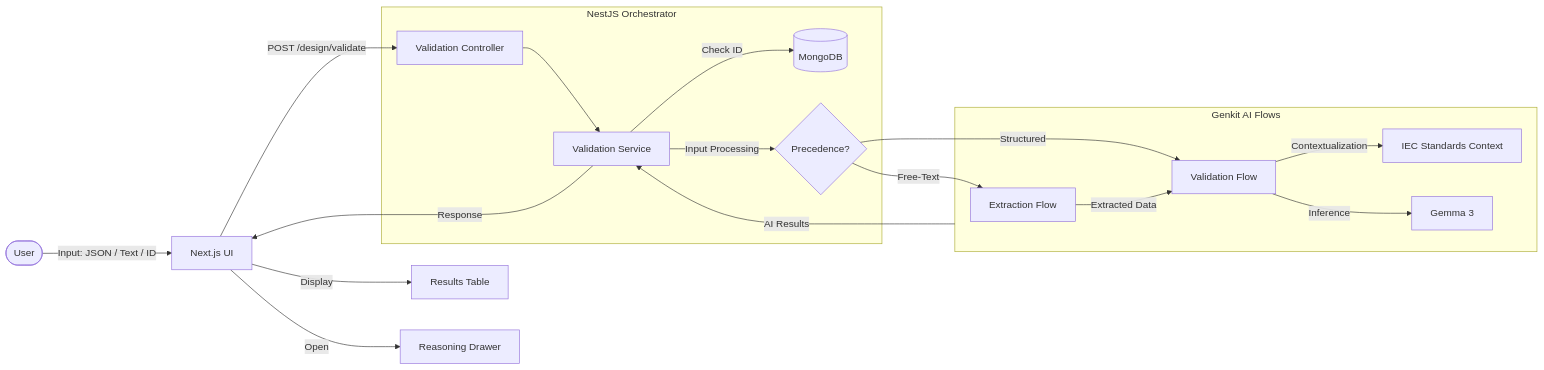
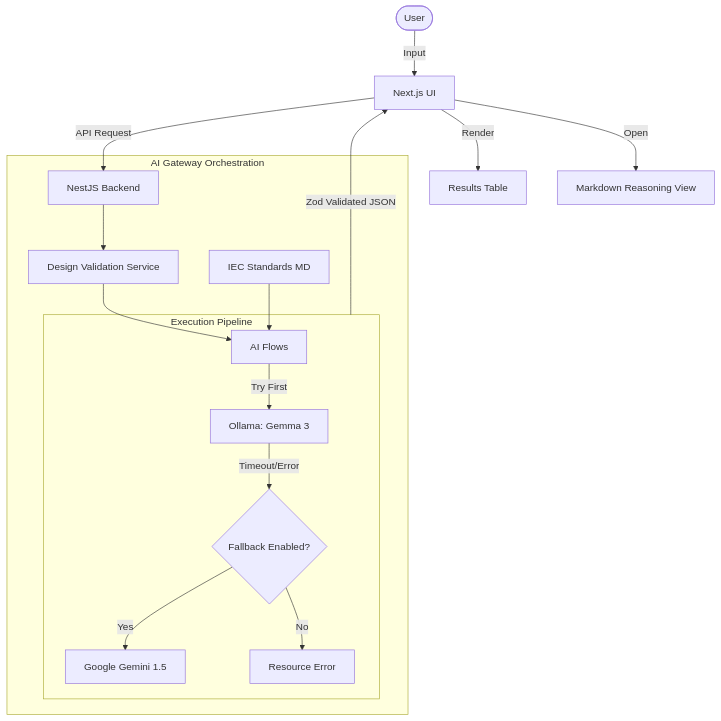
Before and after one commit to FlemingJohn/Volta: the diagram in README.md, drawn with Mermaid. The commit also changed other lines of this file and 3 other files, not shown here.

````diff
--- a/README.md
+++ b/README.md
@@ -24,24 +26,23 @@
 ```mermaid
-graph LR
-    User([User]) -->|Input: JSON / Text / ID| UI[Next.js UI]
-    UI -->|POST /design/validate| API[Validation Controller]
+graph TD
+    User([User]) -->|Input| UI[Next.js UI]
+    UI -->|API Request| API[NestJS Backend]
     
-    subgraph Backend [NestJS Orchestrator]
-        API --> Service[Validation Service]
-        Service -->|Check ID| DB[(MongoDB)]
-        Service -->|Input Processing| Logic{Precedence?}
+    subgraph Backend [AI Gateway Orchestration]
+        API --> Service[Design Validation Service]
+        Service --> Flows[AI Flows]
+        
+        subgraph Hybrid_Pipeline [Execution Pipeline]
+            Flows -->|Try First| Ollama[Ollama: Gemma 3]
+            Ollama -->|Timeout/Error| Fallback{Fallback Enabled?}
+            Fallback -- Yes --> Gemini[Google Gemini 1.5]
+            Fallback -- No --> Error[Resource Error]
+        end
+        
+        Standards[IEC Standards MD] --> Flows
     end
 
-    subgraph Genkit [Genkit AI Flows]
-        Logic -->|Free-Text| Extract[Extraction Flow]
-        Logic -->|Structured| Validate[Validation Flow]
-        Extract -->|Extracted Data| Validate
-        Validate -->|Contextualization| Standards[IEC Standards Context]
-        Validate -->|Inference| LLM[Gemma 3]
-    end
-
-    Genkit -->|AI Results| Service
-    Service -->|Response| UI
-    UI -->|Display| Table[Results Table]
-    UI -->|Open| Drawer[Reasoning Drawer]
+    Hybrid_Pipeline -->|Zod Validated JSON| UI
+    UI -->|Render| DataGrid[Results Table]
+    UI -->|Open| Drawer[Markdown Reasoning View]
 ```
````
